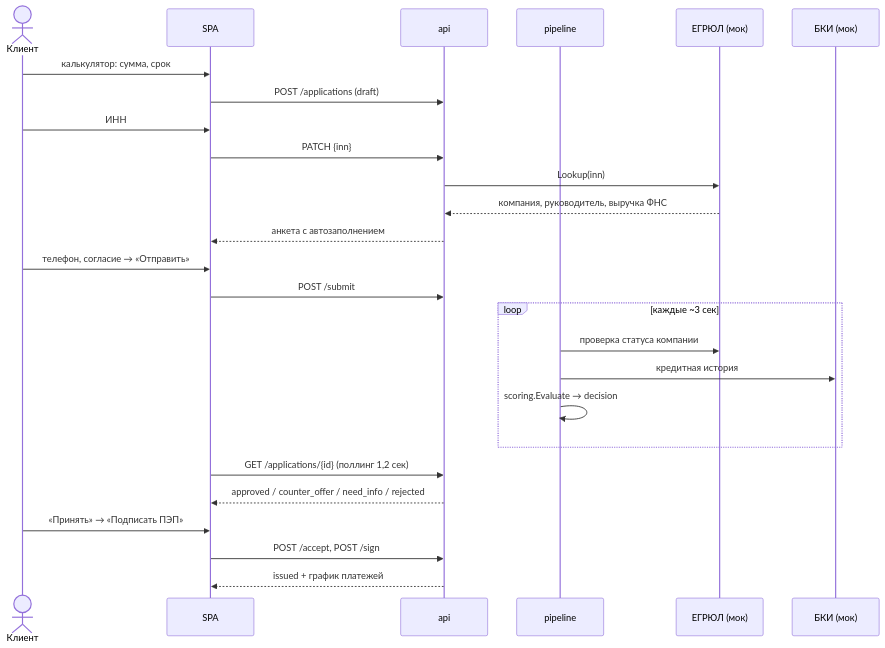
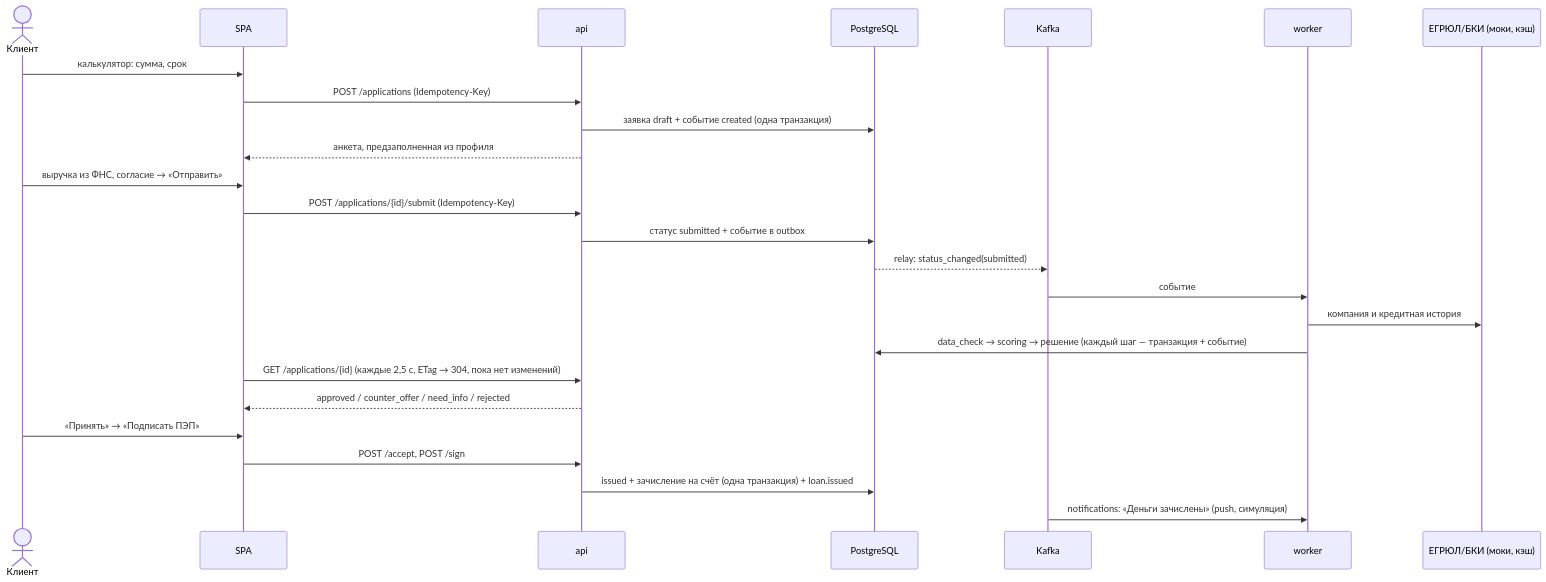
The fifth of 5 diagrams in docs/ARCHITECTURE.md (xdtqwd/alfa-credit), drawn with Mermaid before and after one commit. The commit also changed other lines of this file and 590 other files, not shown here.

Commit message:
feat: PostgreSQL + Kafka, кэш, логирование, банковское API

````diff
--- a/docs/ARCHITECTURE.md
+++ b/docs/ARCHITECTURE.md
@@ -169,28 +244,27 @@
 ```mermaid
 sequenceDiagram
   actor C as Клиент
   participant UI as SPA
   participant API as api
-  participant W as pipeline
-  participant R as ЕГРЮЛ (мок)
-  participant B as БКИ (мок)
+  participant PG as PostgreSQL
+  participant K as Kafka
+  participant W as worker
+  participant X as ЕГРЮЛ/БКИ (моки, кэш)
   C->>UI: калькулятор: сумма, срок
-  UI->>API: POST /applications (draft)
-  C->>UI: ИНН
-  UI->>API: PATCH {inn}
-  API->>R: Lookup(inn)
-  R-->>API: компания, руководитель, выручка ФНС
-  API-->>UI: анкета с автозаполнением
-  C->>UI: телефон, согласие → «Отправить»
-  UI->>API: POST /submit
-  loop каждые ~3 сек
-    W->>R: проверка статуса компании
-    W->>B: кредитная история
-    W->>W: scoring.Evaluate → decision
-  end
-  UI->>API: GET /applications/{id} (поллинг 1,2 сек)
+  UI->>API: POST /applications (Idempotency-Key)
+  API->>PG: заявка draft + событие created (одна транзакция)
+  API-->>UI: анкета, предзаполненная из профиля
+  C->>UI: выручка из ФНС, согласие → «Отправить»
+  UI->>API: POST /applications/{id}/submit (Idempotency-Key)
+  API->>PG: статус submitted + событие в outbox
+  PG-->>K: relay: status_changed(submitted)
+  K->>W: событие
+  W->>X: компания и кредитная история
+  W->>PG: data_check → scoring → решение (каждый шаг — транзакция + событие)
+  UI->>API: GET /applications/{id} (каждые 2,5 с, ETag → 304, пока нет изменений)
   API-->>UI: approved / counter_offer / need_info / rejected
   C->>UI: «Принять» → «Подписать ПЭП»
   UI->>API: POST /accept, POST /sign
-  API-->>UI: issued + график платежей
+  API->>PG: issued + зачисление на счёт (одна транзакция) + loan.issued
+  K->>W: notifications: «Деньги зачислены» (push, симуляция)
 ```
````
